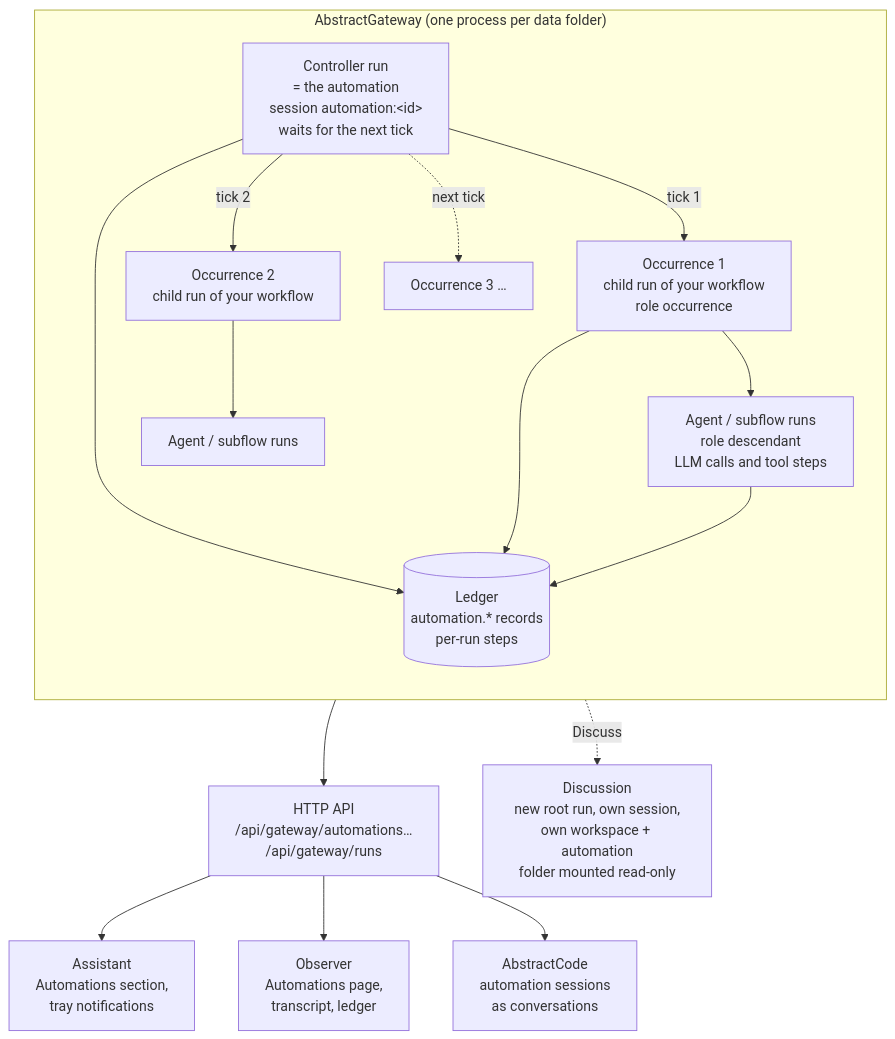
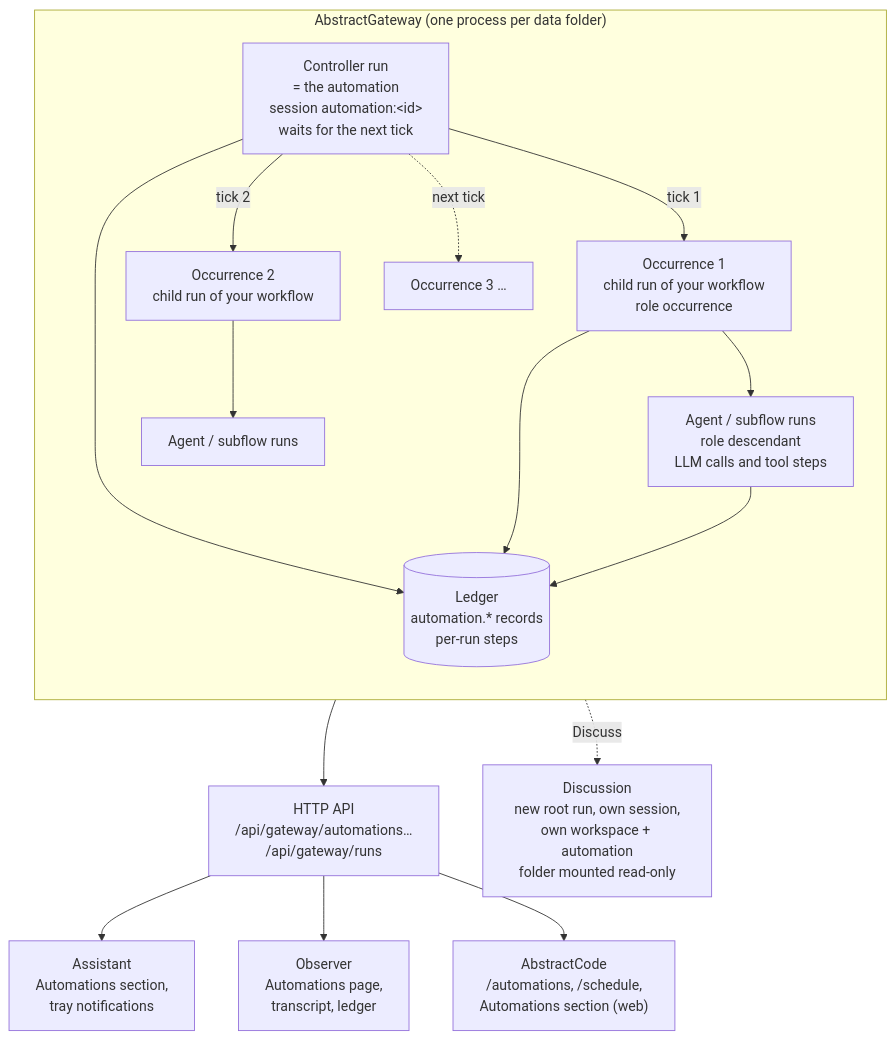
The diagram in docs/automations.md (lpalbou/AbstractFramework), drawn with Mermaid before and after one commit. The commit also changed other lines of this file and 20 other files, not shown here.

````diff
--- a/docs/automations.md
+++ b/docs/automations.md
@@ -79,31 +82,31 @@
 ```mermaid
 flowchart TB
   subgraph Gateway["AbstractGateway (one process per data folder)"]
     direction TB
     C["Controller run<br/>= the automation<br/>session automation:&lt;id&gt;<br/>waits for the next tick"]
     O1["Occurrence 1<br/>child run of your workflow<br/>role occurrence"]
     O2["Occurrence 2<br/>child run of your workflow"]
     O3["Occurrence 3 …"]
     S1["Agent / subflow runs<br/>role descendant<br/>LLM calls and tool steps"]
     S2["Agent / subflow runs"]
     L[("Ledger<br/>automation.* records<br/>per-run steps")]
     C -- "tick 1" --> O1
     C -- "tick 2" --> O2
     C -. "next tick" .-> O3
     O1 --> S1
     O2 --> S2
     C --> L
     O1 --> L
     S1 --> L
   end
   API["HTTP API<br/>/api/gateway/automations…<br/>/api/gateway/runs"]
   Gateway --> API
   AS["Assistant<br/>Automations section,<br/>tray notifications"]
   OB["Observer<br/>Automations page,<br/>transcript, ledger"]
-  AC["AbstractCode<br/>automation sessions<br/>as conversations"]
+  AC["AbstractCode<br/>/automations, /schedule,<br/>Automations section (web)"]
   API --> AS
   API --> OB
   API --> AC
   D["Discussion<br/>new root run, own session,<br/>own workspace + automation<br/>folder mounted read-only"]
   O2 -. "Discuss" .-> D
 ```
````
